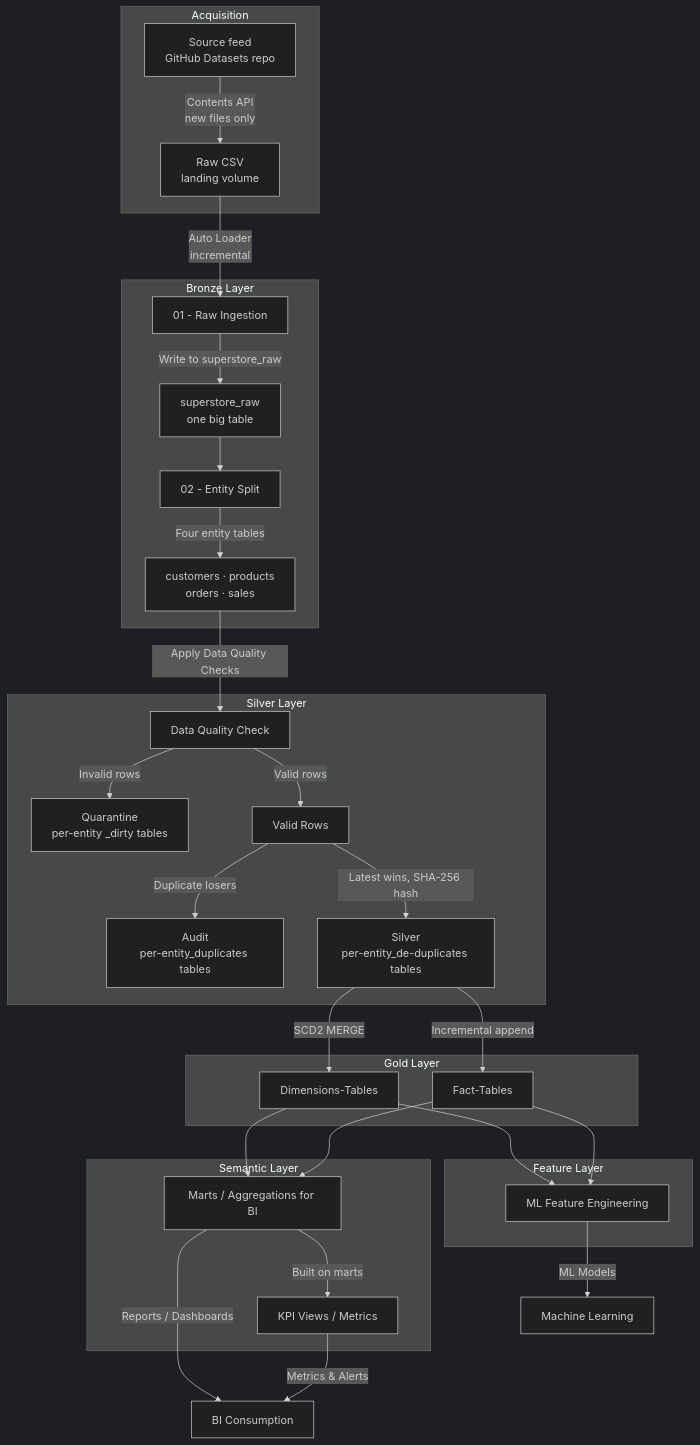
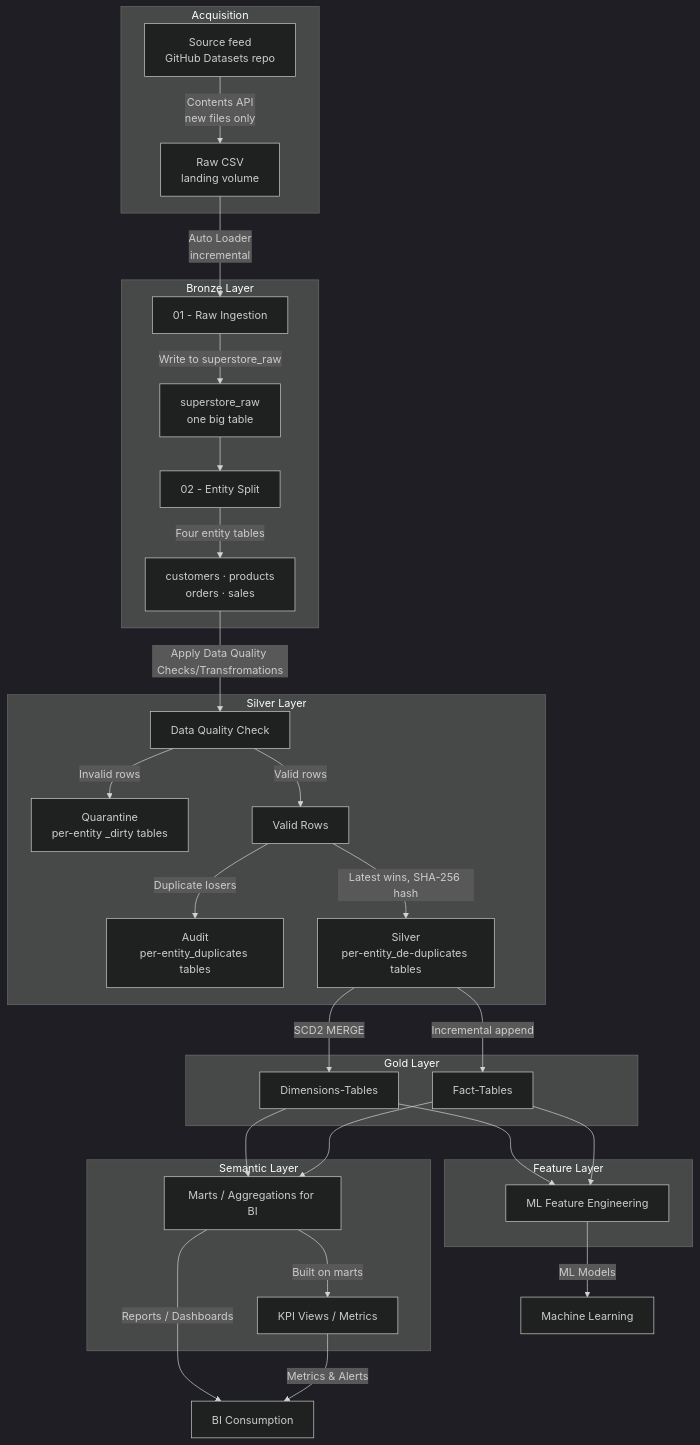
Before and after one commit to 111BM/databricks-lakehouse-platform: the diagram in README.md, drawn with Mermaid (dark theme).

Commit message:
Updated Architecture

````diff
--- a/README.md
+++ b/README.md
@@ -15,57 +15,57 @@
 ```mermaid
 flowchart TD
     subgraph ACQ[Acquisition]
         SRC[Source feed<br/>GitHub Datasets repo]
         VOL[Raw CSV<br/>landing volume]
         SRC -->|Contents API<br/>new files only| VOL
     end
 
     subgraph BRONZE[Bronze Layer]
         ING[01 - Raw Ingestion]
         RAW["superstore_raw<br/>one big table"]
         SPLIT[02 - Entity Split]
         ENT["customers · products<br/>orders · sales"]
         ING -->|Write to superstore_raw| RAW
         RAW --> SPLIT
         SPLIT -->|Four entity tables| ENT
     end
 
     subgraph SILVER[Silver Layer]
         DQ[Data Quality Check]
         QUAR["Quarantine<br/>per-entity _dirty tables"]
         GOOD[Valid Rows]
         AUD["Audit<br/>per-entity_duplicates tables"]
         SLV["Silver<br/>per-entity_de-duplicates tables"]
         DQ -->|Invalid rows| QUAR
         DQ -->|Valid rows| GOOD
         GOOD -->|Duplicate losers| AUD
         GOOD -->|Latest wins, SHA-256 hash| SLV
     end
 
     subgraph GOLD[Gold Layer]
         DIM["Dimensions-Tables"]
         FCT["Fact-Tables"]
     end
 
     subgraph SEM[Semantic Layer]
         MARTS[Marts / Aggregations for BI]
         KPI[KPI Views / Metrics]
     end
 
     subgraph FEAT[Feature Layer]
         MLF[ML Feature Engineering]
     end
 
     VOL -->|Auto Loader<br/>incremental| ING
-    ENT -->|Apply Data Quality Checks| DQ
+    ENT -->|Apply Data Quality Checks/Transfromations| DQ
     SLV -->|SCD2 MERGE| DIM
     SLV -->|Incremental append| FCT
     DIM --> MARTS
     FCT --> MARTS
     DIM --> MLF
     FCT --> MLF
     MARTS -->|Built on marts| KPI
     MARTS -->|Reports / Dashboards| BI[BI Consumption]
     KPI -->|Metrics & Alerts| BI
     MLF -->|ML Models| MLC[Machine Learning]
 ```
````
